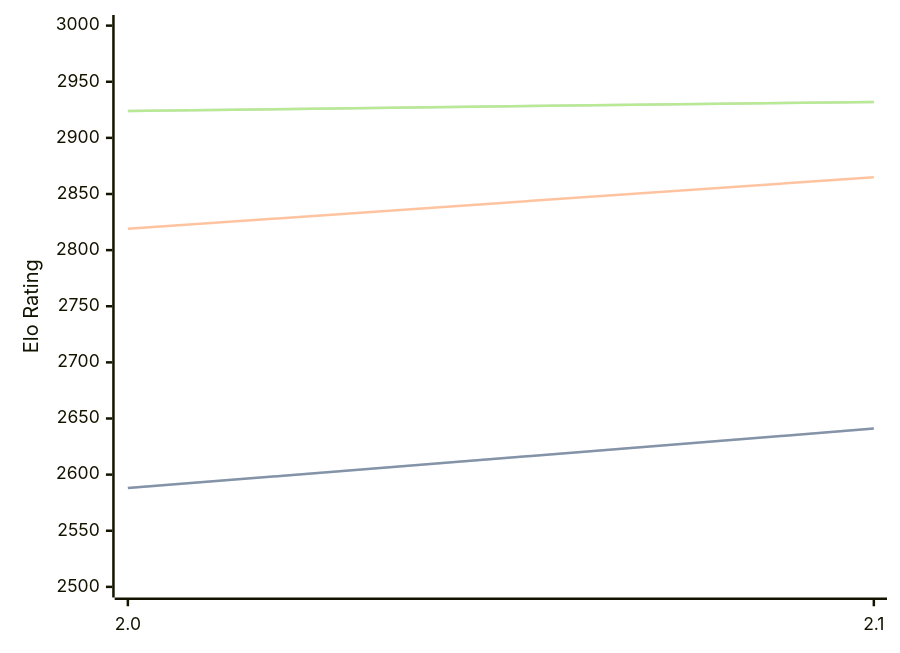
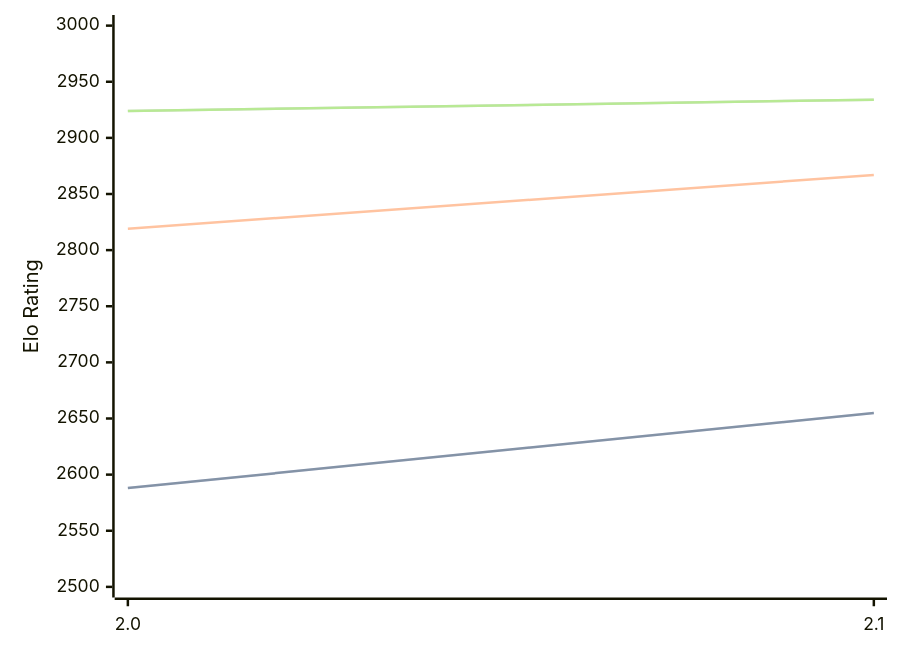
Before and after one commit to computer-chess-index/cci: the diagram in engines/Noggin.md, drawn with Mermaid. The commit also changed other lines of this file, not shown here.

Commit message:
Update CCI Ratings (ELO VLTC) - 2026-08-16

````diff
--- a/engines/Noggin.md
+++ b/engines/Noggin.md
@@ -33,11 +33,11 @@
 ```mermaid
 %%{init: {"theme":"base","themeVariables":{"seriesColors:['#a3a3a3','#222221','#faa371']}}}%%
 xychart-beta
   x-axis ["2.0", "2.1"]
   y-axis "Elo Rating" 2500 --> 3000
-  line "STC (8.0+0.08s)" [2588, 2641]
-  line "STC (8.0+0.08s)" [2588, 2641]
-  line "LTC (60.0+0.60s)" [2819, 2865]
-  line "VLTC (2m24s+1.12s)" [2924, 2932]
-  line "VLTC (2m24s+1.12s)" [2924, 2932]
+  line "STC (8.0+0.08s)" [2588, 2655]
+  line "STC (8.0+0.08s)" [2588, 2655]
+  line "LTC (60.0+0.60s)" [2819, 2867]
+  line "VLTC (2m24s+1.12s)" [2924, 2934]
+  line "VLTC (2m24s+1.12s)" [2924, 2934]
 ```
````
